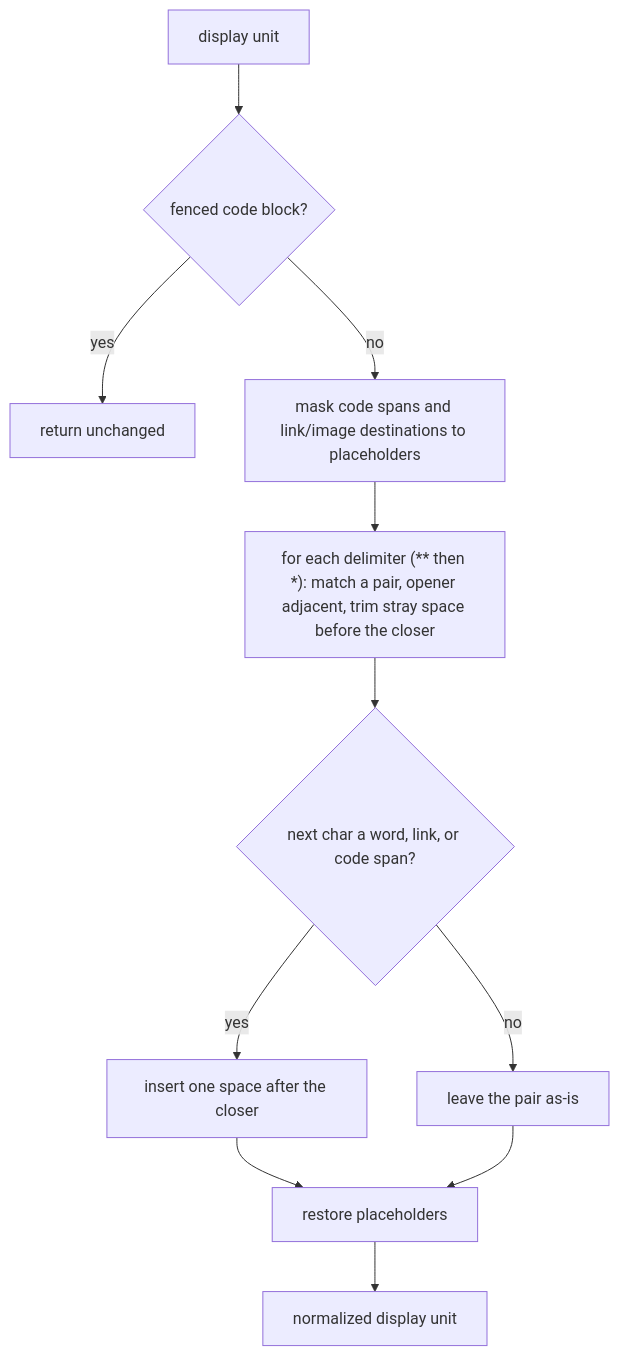
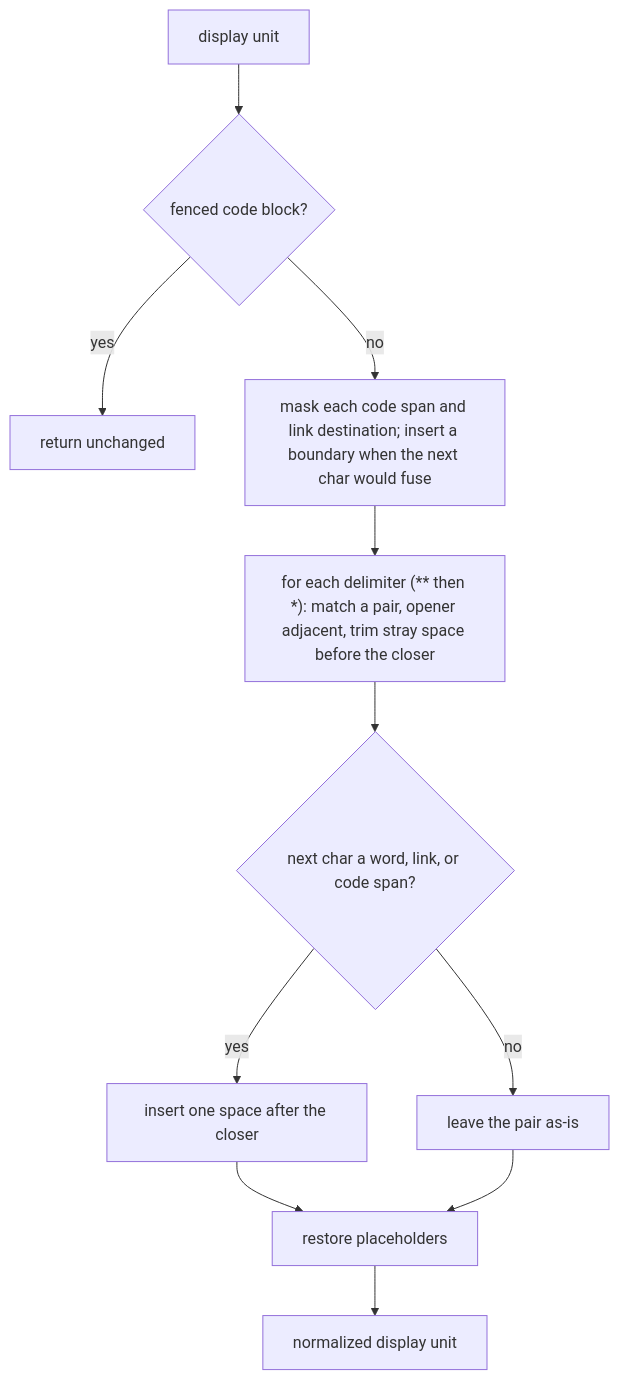
Before and after one commit to asermax/nagara: the second of 2 diagrams in docs/technical-design/article-extraction.md, drawn with Mermaid. The commit also changed other lines of this file and 2 other files, not shown here.

First line of the commit message:
fix(api): repair inline code-span and link boundary spaces

````diff
--- a/docs/technical-design/article-extraction.md
+++ b/docs/technical-design/article-extraction.md
@@ -77,13 +77,13 @@
 ```mermaid
 flowchart TD
     Unit["display unit"] --> Fence{"fenced code block?"}
     Fence -->|yes| Return["return unchanged"]
-    Fence -->|no| Mask["mask code spans and link/image destinations to placeholders"]
+    Fence -->|no| Mask["mask each code span and link destination; insert a boundary when the next char would fuse"]
     Mask --> Loop["for each delimiter (** then *): match a pair, opener adjacent, trim stray space before the closer"]
     Loop --> Next{"next char a word, link, or code span?"}
     Next -->|yes| Insert["insert one space after the closer"]
     Next -->|no| Leave["leave the pair as-is"]
     Insert --> Restore["restore placeholders"]
     Leave --> Restore
     Restore --> Out["normalized display unit"]
 ```
````
